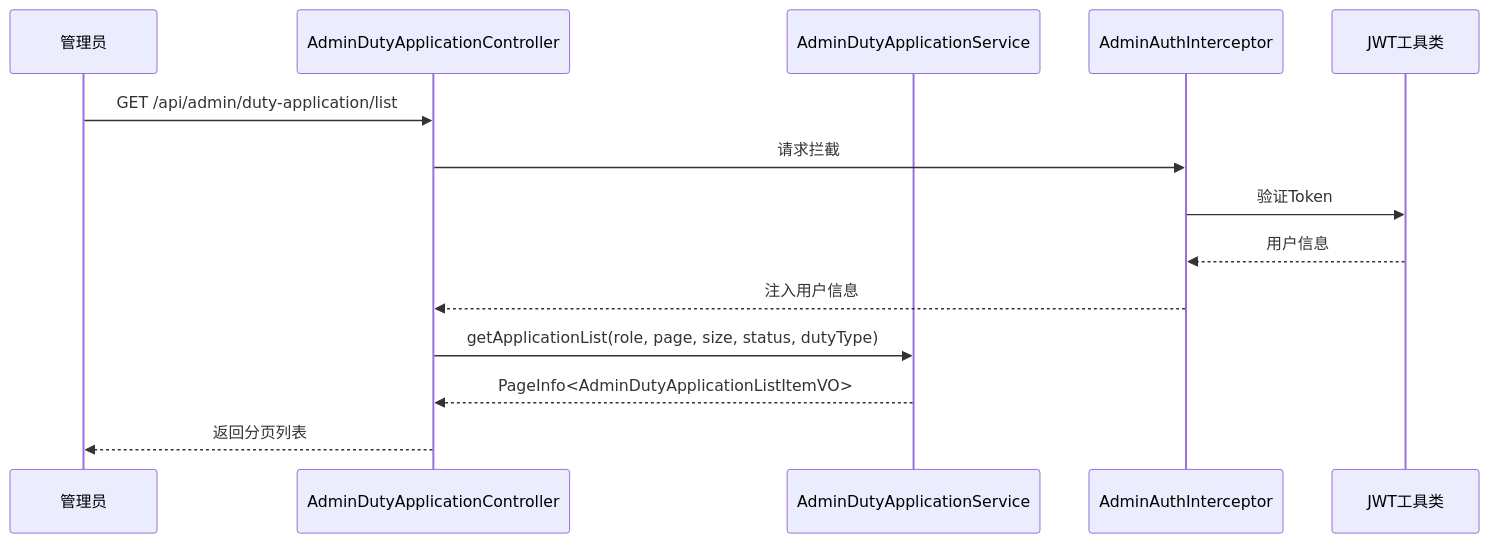
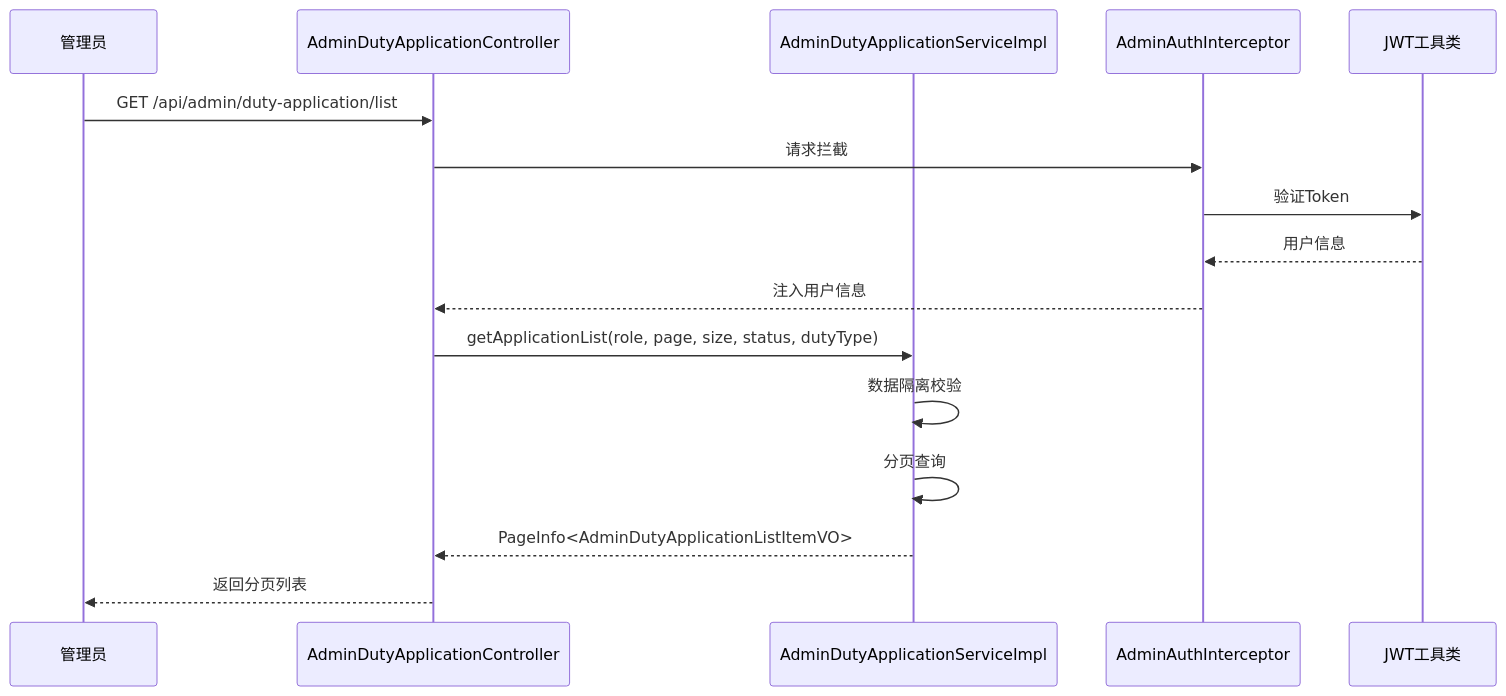
Before and after one commit to gaozihaowin/-: the sixth of 8 diagrams in .qoder/repowiki/zh/content/志愿者管理模块/值班申请模块.md, drawn with Mermaid. The commit also changed other lines of this file and 9 other files, not shown here.

````diff
--- a/.qoder/repowiki/zh/content/志愿者管理模块/值班申请模块.md
+++ b/.qoder/repowiki/zh/content/志愿者管理模块/值班申请模块.md
@@ -366,16 +370,18 @@
 ```mermaid
 sequenceDiagram
 participant Admin as 管理员
 participant AdminController as AdminDutyApplicationController
-participant AdminService as AdminDutyApplicationService
+participant AdminService as AdminDutyApplicationServiceImpl
 participant Interceptor as AdminAuthInterceptor
 participant JWT as JWT工具类
 Admin->>AdminController : GET /api/admin/duty-application/list
 AdminController->>Interceptor : 请求拦截
 Interceptor->>JWT : 验证Token
 JWT-->>Interceptor : 用户信息
 Interceptor-->>AdminController : 注入用户信息
 AdminController->>AdminService : getApplicationList(role, page, size, status, dutyType)
+AdminService->>AdminService : 数据隔离校验
+AdminService->>AdminService : 分页查询
 AdminService-->>AdminController : PageInfo<AdminDutyApplicationListItemVO>
 AdminController-->>Admin : 返回分页列表
 ```
````
